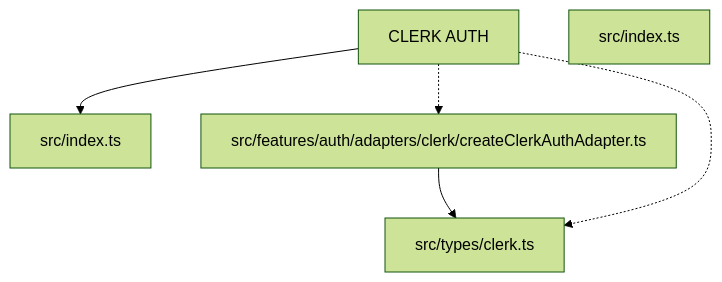
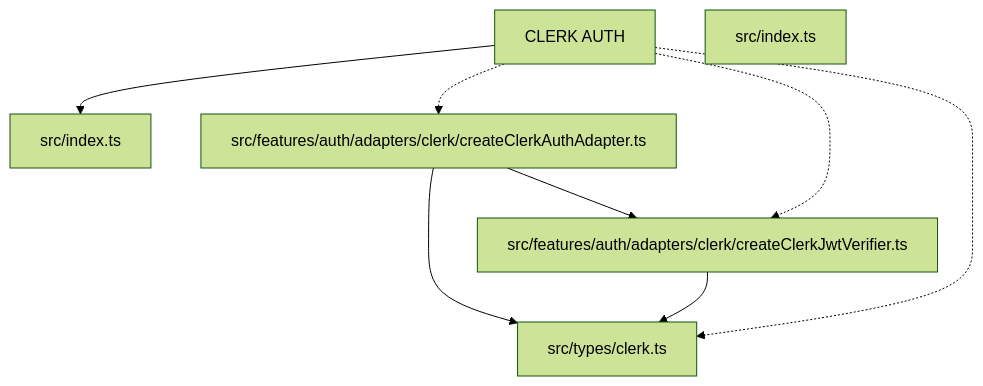
One commit to ankhorage/auth-clerk changed the diagram in paradox/diagrams/architecture-overview.mmd. Above: the diagram before and after it, drawn with Mermaid (forest theme). The commit also changed 11 other files, not shown here.

```diff
--- a/paradox/diagrams/architecture-overview.mmd
+++ b/paradox/diagrams/architecture-overview.mmd
@@ -1,10 +1,14 @@
 graph TD
   package__ankhorage_auth_clerk["CLERK AUTH"]
   entrypoint_src_index_ts["src/index.ts"]
   package__ankhorage_auth_clerk --> entrypoint_src_index_ts
   module_src_features_auth_adapters_clerk_createClerkAuthAdapter_ts["src/features/auth/adapters/clerk/createClerkAuthAdapter.ts"]
   package__ankhorage_auth_clerk -.-> module_src_features_auth_adapters_clerk_createClerkAuthAdapter_ts
+  module_src_features_auth_adapters_clerk_createClerkAuthAdapter_ts --> module_src_features_auth_adapters_clerk_createClerkJwtVerifier_ts
   module_src_features_auth_adapters_clerk_createClerkAuthAdapter_ts --> module_src_types_clerk_ts
+  module_src_features_auth_adapters_clerk_createClerkJwtVerifier_ts["src/features/auth/adapters/clerk/createClerkJwtVerifier.ts"]
+  package__ankhorage_auth_clerk -.-> module_src_features_auth_adapters_clerk_createClerkJwtVerifier_ts
+  module_src_features_auth_adapters_clerk_createClerkJwtVerifier_ts --> module_src_types_clerk_ts
   module_src_index_ts["src/index.ts"]
   module_src_types_clerk_ts["src/types/clerk.ts"]
   package__ankhorage_auth_clerk -.-> module_src_types_clerk_ts
```
